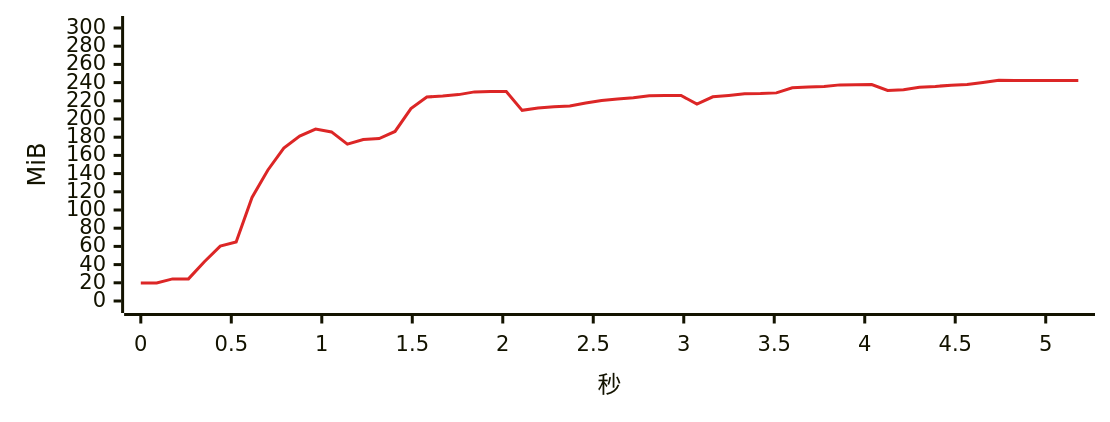
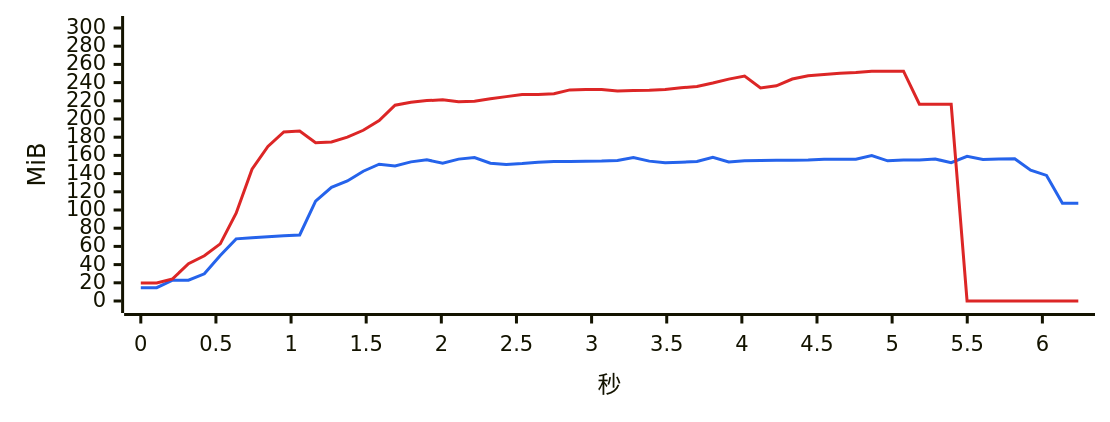
Before and after one commit to 334456777/WeFlow: the third of 17 diagrams in bench/v4.1.0/summary.md, drawn with Mermaid. The commit also changed other lines of this file and 3 other files, not shown here.

````diff
--- a/bench/v4.1.0/summary.md
+++ b/bench/v4.1.0/summary.md
@@ -309,7 +309,8 @@
 ```mermaid
-%%{init: {"xyChart": {"width": 720, "height": 260}, "themeVariables": {"xyChart": {"plotColorPalette": "#dc2626"}}}}%%
+%%{init: {"xyChart": {"width": 720, "height": 260}, "themeVariables": {"xyChart": {"plotColorPalette": "#2563eb, #dc2626"}}}}%%
 xychart-beta
-    x-axis "秒" 0 --> 5.18
+    x-axis "秒" 0 --> 6.239
     y-axis "MiB" 0 --> 300
-    line [19.9, 19.9, 24.3, 24.3, 43.1, 60.3, 64.8, 113.8, 144.0, 168.0, 181.3, 189.0, 185.8, 172.3, 177.5, 178.5, 186.3, 211.4, 224.2, 225.2, 226.8, 229.8, 230.1, 230.1, 209.5, 212.0, 213.4, 214.2, 217.5, 220.3, 222.1, 223.4, 225.5, 225.7, 225.8, 216.4, 224.4, 225.9, 227.7, 227.9, 228.7, 234.3, 235.2, 235.8, 237.5, 237.7, 237.9, 231.3, 232.1, 234.8, 235.8, 237.2, 238.0, 240.1, 242.5, 242.4, 242.4, 242.4, 242.4, 242.4]
+    line [14.6, 14.6, 22.9, 22.9, 29.9, 50.1, 68.3, 69.4, 70.5, 71.7, 72.6, 109.8, 124.9, 131.9, 142.6, 150.3, 148.4, 152.9, 155.1, 151.5, 155.9, 157.7, 151.4, 150.1, 151.0, 152.6, 153.2, 153.4, 153.7, 153.8, 154.5, 157.7, 153.7, 152.0, 152.5, 153.3, 158.0, 152.8, 154.0, 154.5, 154.7, 154.8, 154.9, 155.8, 155.8, 155.9, 159.9, 154.0, 154.9, 154.9, 156.0, 152.0, 158.9, 155.5, 156.1, 156.4, 143.7, 138.0, 107.3, 107.3]
+    line [19.9, 19.9, 24.3, 40.9, 49.7, 62.8, 96.5, 144.8, 169.8, 185.8, 186.7, 173.9, 174.8, 180.0, 187.6, 198.2, 215.1, 218.3, 220.2, 221.1, 218.9, 219.6, 222.2, 224.6, 227.0, 227.0, 227.7, 232.0, 232.4, 232.4, 230.8, 231.4, 231.6, 232.4, 234.3, 235.7, 239.5, 243.8, 247.2, 234.1, 236.5, 243.9, 247.6, 248.8, 250.3, 251.0, 252.4, 252.6, 252.6, 216.2, 216.2, 216.2, 0.0, 0.0, 0.0, 0.0, 0.0, 0.0, 0.0, 0.0]
 ```
````
